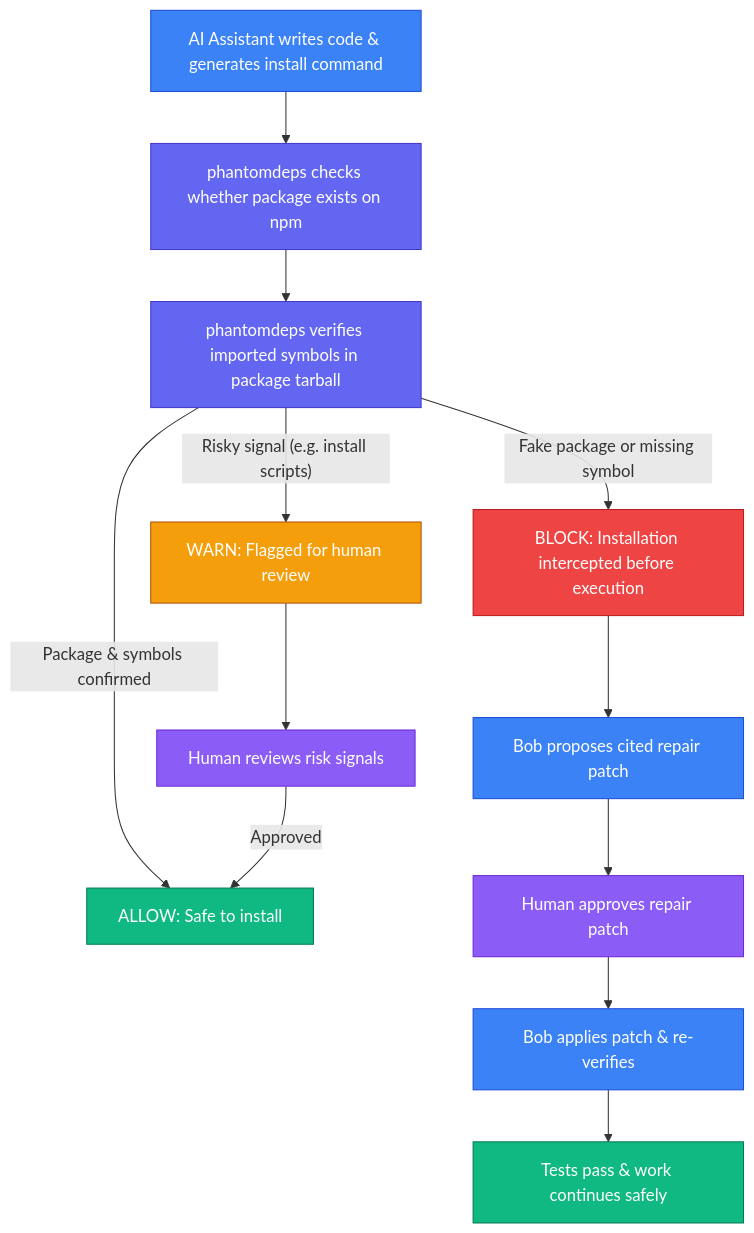
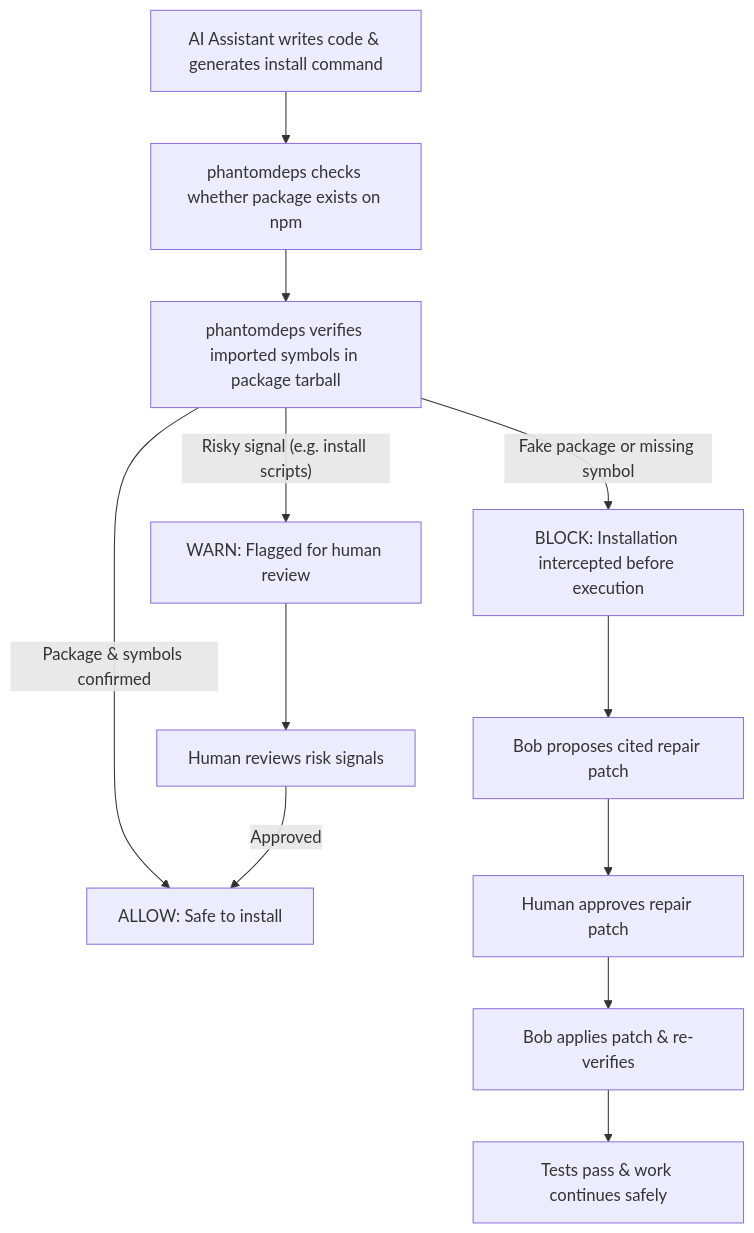
One commit to adishxm/phantomdeps changed the first of 4 diagrams in README.md. Above: the diagram before and after it, drawn with Mermaid. The commit also changed other lines of this file, not shown here.

Commit message:
docs: remove custom colors from Mermaid flowcharts in README

````diff
--- a/README.md
+++ b/README.md
@@ -69,31 +69,17 @@
 ```mermaid
 flowchart TD
     A["AI Assistant writes code & generates install command"] --> B["phantomdeps checks whether package exists on npm"]
     B --> C["phantomdeps verifies imported symbols in package tarball"]
     
     C -- "Fake package or missing symbol" --> D["BLOCK: Installation intercepted before execution"]
     C -- "Risky signal (e.g. install scripts)" --> E["WARN: Flagged for human review"]
     C -- "Package & symbols confirmed" --> F["ALLOW: Safe to install"]
     
     D --> G["Bob proposes cited repair patch"]
     E --> H["Human reviews risk signals"]
     G --> I["Human approves repair patch"]
     
     H -- "Approved" --> F
     I --> J["Bob applies patch & re-verifies"]
     J --> K["Tests pass & work continues safely"]
-
-    classDef agent fill:#3b82f6,stroke:#1d4ed8,color:#ffffff;
-    classDef gate fill:#6366f1,stroke:#4338ca,color:#ffffff;
-    classDef block fill:#ef4444,stroke:#b91c1c,color:#ffffff;
-    classDef warn fill:#f59e0b,stroke:#b45309,color:#ffffff;
-    classDef allow fill:#10b981,stroke:#047857,color:#ffffff;
-    classDef human fill:#8b5cf6,stroke:#6d28d9,color:#ffffff;
-
-    class A,G,J agent;
-    class B,C gate;
-    class D block;
-    class E warn;
-    class F,K allow;
-    class H,I human;
 ```
````
